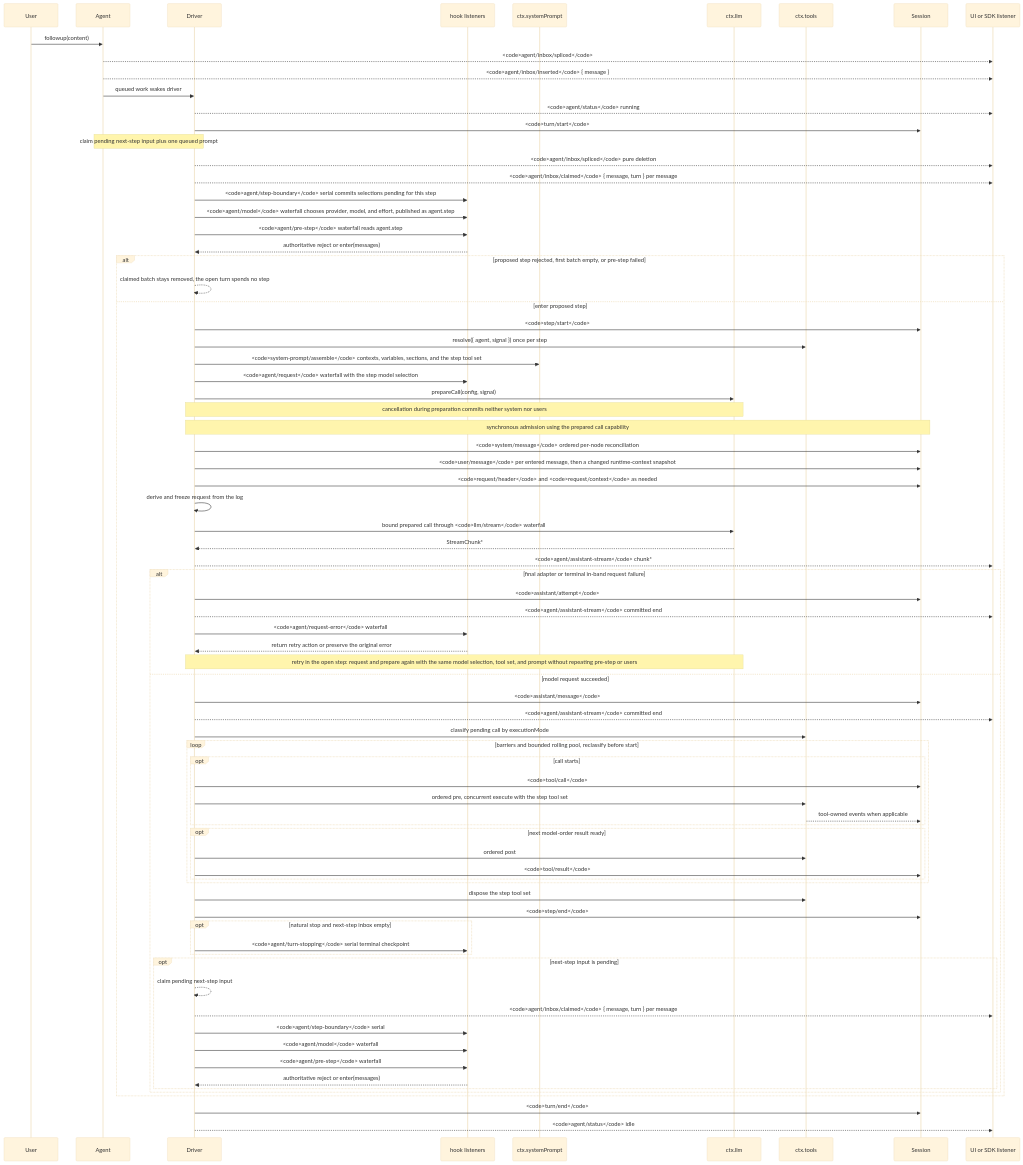
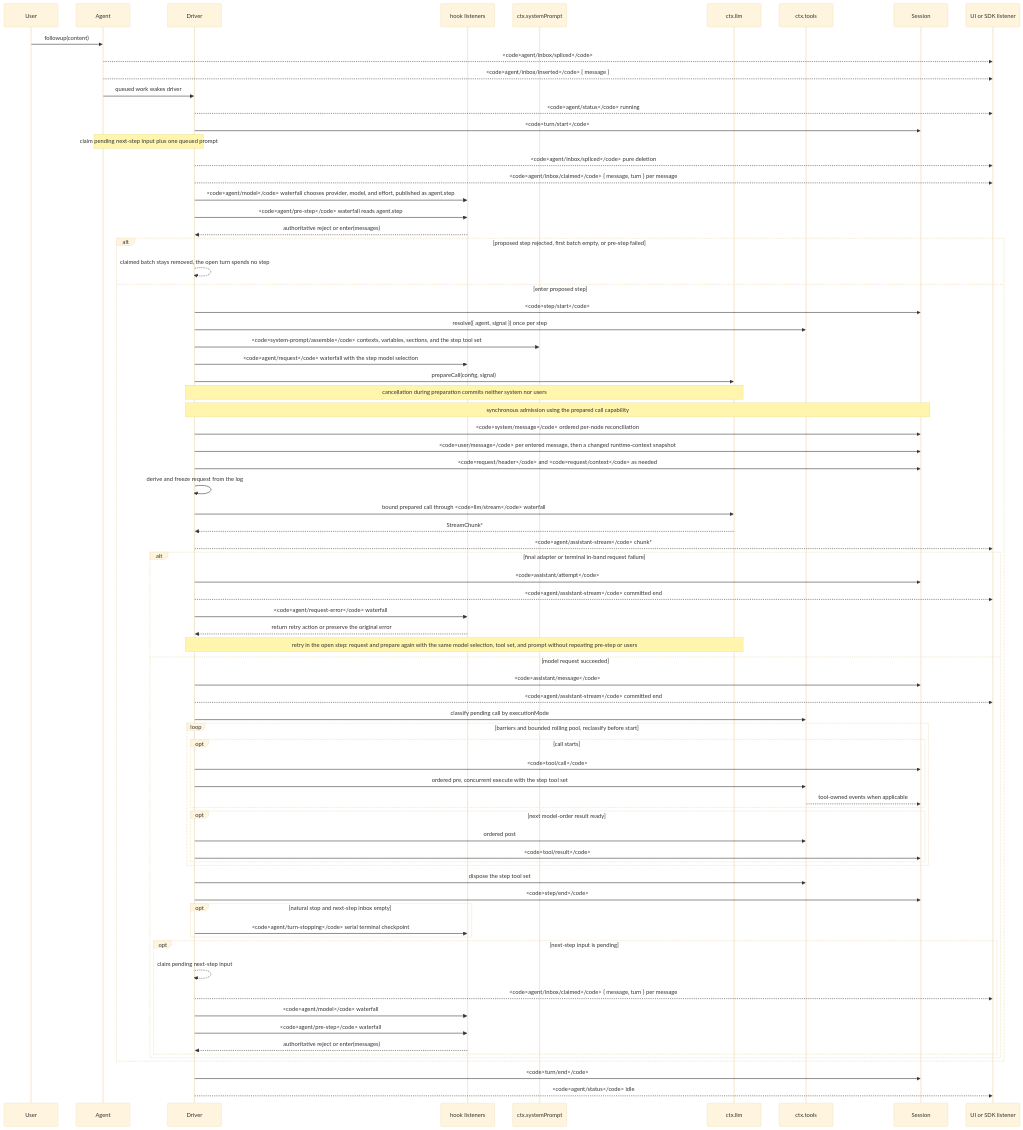
The diagram in docs/agent-lifecycle.zh.md (0xuana/deepseek-harness), drawn with Mermaid (base theme) before and after one commit. The commit also changed 45 other files, not shown here.

First line of the commit message:
refactor(agent): commit plan selections in pre-step and drop agent/step-boundary

````diff
--- a/docs/agent-lifecycle.zh.md
+++ b/docs/agent-lifecycle.zh.md
@@ -10,80 +10,78 @@
 ```mermaid
 sequenceDiagram
   participant User
   participant Agent
   participant Driver
   participant Hooks as hook listeners
   participant Prompt as ctx.systemPrompt
   participant LLM as ctx.llm
   participant Tools as ctx.tools
   participant Session
   participant SDK as UI or SDK listener
   User->>Agent: followup(content)
   Agent-->>SDK: <code>agent/inbox/spliced</code>
   Agent-->>SDK: <code>agent/inbox/inserted</code> { message }
   Agent->>Driver: queued work wakes driver
   Driver-->>SDK: <code>agent/status</code> running
   Driver->>Session: <code>turn/start</code>
   Note over Agent,Driver: claim pending next-step input plus one queued prompt
   Driver-->>SDK: <code>agent/inbox/spliced</code> pure deletion
   Driver-->>SDK: <code>agent/inbox/claimed</code> { message, turn } per message
-  Driver->>Hooks: <code>agent/step-boundary</code> serial commits selections pending for this step
   Driver->>Hooks: <code>agent/model</code> waterfall chooses provider, model, and effort, published as agent.step
   Driver->>Hooks: <code>agent/pre-step</code> waterfall reads agent.step
   Hooks-->>Driver: authoritative reject or enter(messages)
   alt proposed step rejected, first batch empty, or pre-step failed
     Driver-->>Driver: claimed batch stays removed, the open turn spends no step
   else enter proposed step
   Driver->>Session: <code>step/start</code>
   Driver->>Tools: resolve({ agent, signal }) once per step
   Driver->>Prompt: <code>system-prompt/assemble</code> contexts, variables, sections, and the step tool set
   Driver->>Hooks: <code>agent/request</code> waterfall with the step model selection
   Driver->>LLM: prepareCall(config, signal)
   Note over Driver,LLM: cancellation during preparation commits neither system nor users
   Note over Driver,Session: synchronous admission using the prepared call capability
   Driver->>Session: <code>system/message</code> ordered per-node reconciliation
   Driver->>Session: <code>user/message</code> per entered message, then a changed runtime-context snapshot
   Driver->>Session: <code>request/header</code> and <code>request/context</code> as needed
   Driver->>Driver: derive and freeze request from the log
   Driver->>LLM: bound prepared call through <code>llm/stream</code> waterfall
   LLM-->>Driver: StreamChunk*
   Driver-->>SDK: <code>agent/assistant-stream</code> chunk*
   alt final adapter or terminal in-band request failure
     Driver->>Session: <code>assistant/attempt</code>
     Driver-->>SDK: <code>agent/assistant-stream</code> committed end
     Driver->>Hooks: <code>agent/request-error</code> waterfall
     Hooks-->>Driver: return retry action or preserve the original error
     Note over Driver,LLM: retry in the open step: request and prepare again with the same model selection, tool set, and prompt without repeating pre-step or users
   else model request succeeded
   Driver->>Session: <code>assistant/message</code>
   Driver-->>SDK: <code>agent/assistant-stream</code> committed end
   Driver->>Tools: classify pending call by executionMode
   loop barriers and bounded rolling pool, reclassify before start
     opt call starts
       Driver->>Session: <code>tool/call</code>
       Driver->>Tools: ordered pre, concurrent execute with the step tool set
       Tools-->>Session: tool-owned events when applicable
     end
     opt next model-order result ready
       Driver->>Tools: ordered post
       Driver->>Session: <code>tool/result</code>
     end
   end
   Driver->>Tools: dispose the step tool set
   Driver->>Session: <code>step/end</code>
   opt natural stop and next-step inbox empty
     Driver->>Hooks: <code>agent/turn-stopping</code> serial terminal checkpoint
   end
   opt next-step input is pending
     Driver-->>Driver: claim pending next-step input
     Driver-->>SDK: <code>agent/inbox/claimed</code> { message, turn } per message
-    Driver->>Hooks: <code>agent/step-boundary</code> serial
     Driver->>Hooks: <code>agent/model</code> waterfall
     Driver->>Hooks: <code>agent/pre-step</code> waterfall
     Hooks-->>Driver: authoritative reject or enter(messages)
   end
   end
   end
   Driver->>Session: <code>turn/end</code>
   Driver-->>SDK: <code>agent/status</code> idle
 ```
````
